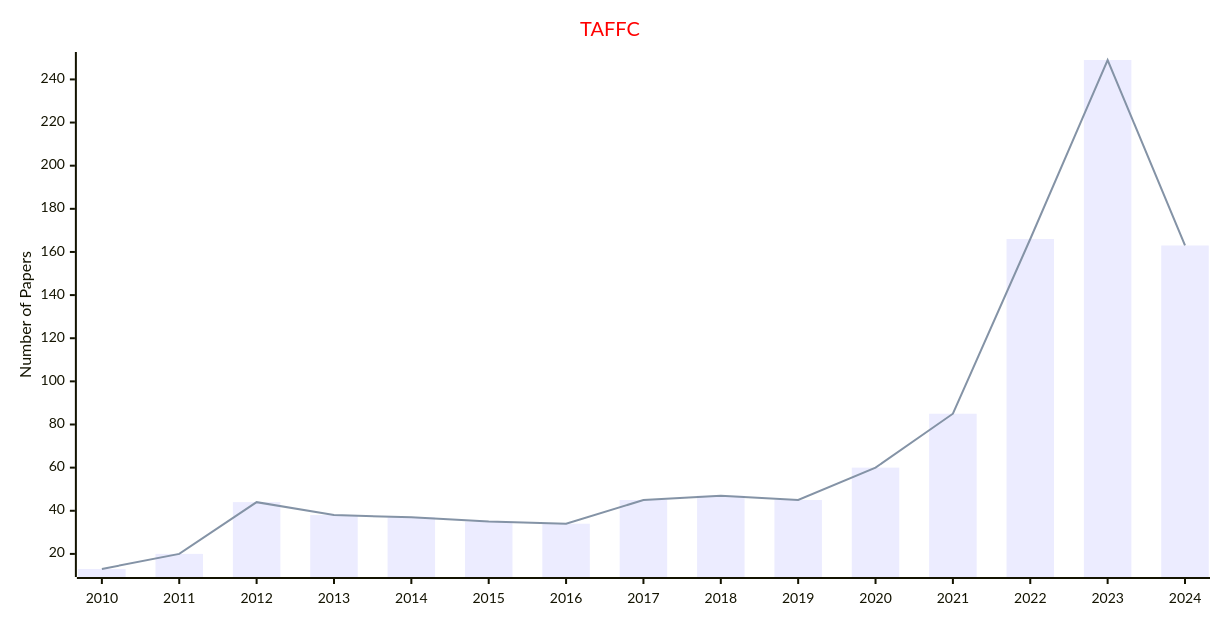
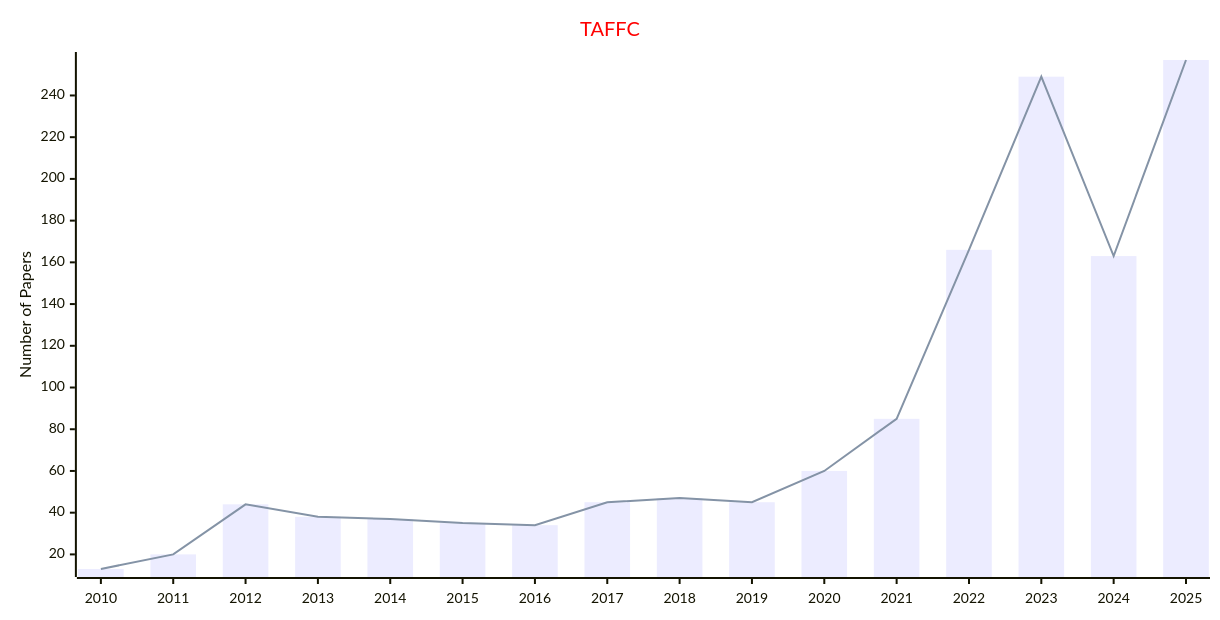
The diagram in docs/data/Journals/Statistics_Journals/Affective_Computing.md (Easy-PhD/AILinks), drawn with Mermaid before and after one commit. The commit also changed 107 other files, not shown here.

````diff
--- a/docs/data/Journals/Statistics_Journals/Affective_Computing.md
+++ b/docs/data/Journals/Statistics_Journals/Affective_Computing.md
@@ -9,17 +9,17 @@
 ```mermaid
 ---
 config:
     xyChart:
         width: 1200
         height: 600
     themeVariables:
         xyChart:
             titleColor: "#ff0000"
 ---
 xychart-beta
     title "TAFFC"
-    x-axis [2010, 2011, 2012, 2013, 2014, 2015, 2016, 2017, 2018, 2019, 2020, 2021, 2022, 2023, 2024]
+    x-axis [2010, 2011, 2012, 2013, 2014, 2015, 2016, 2017, 2018, 2019, 2020, 2021, 2022, 2023, 2024, 2025]
     y-axis "Number of Papers"
-    bar [13, 20, 44, 38, 37, 35, 34, 45, 47, 45, 60, 85, 166, 249, 163]
-    line [13, 20, 44, 38, 37, 35, 34, 45, 47, 45, 60, 85, 166, 249, 163]
+    bar [13, 20, 44, 38, 37, 35, 34, 45, 47, 45, 60, 85, 166, 249, 163, 257]
+    line [13, 20, 44, 38, 37, 35, 34, 45, 47, 45, 60, 85, 166, 249, 163, 257]
 ```
````
